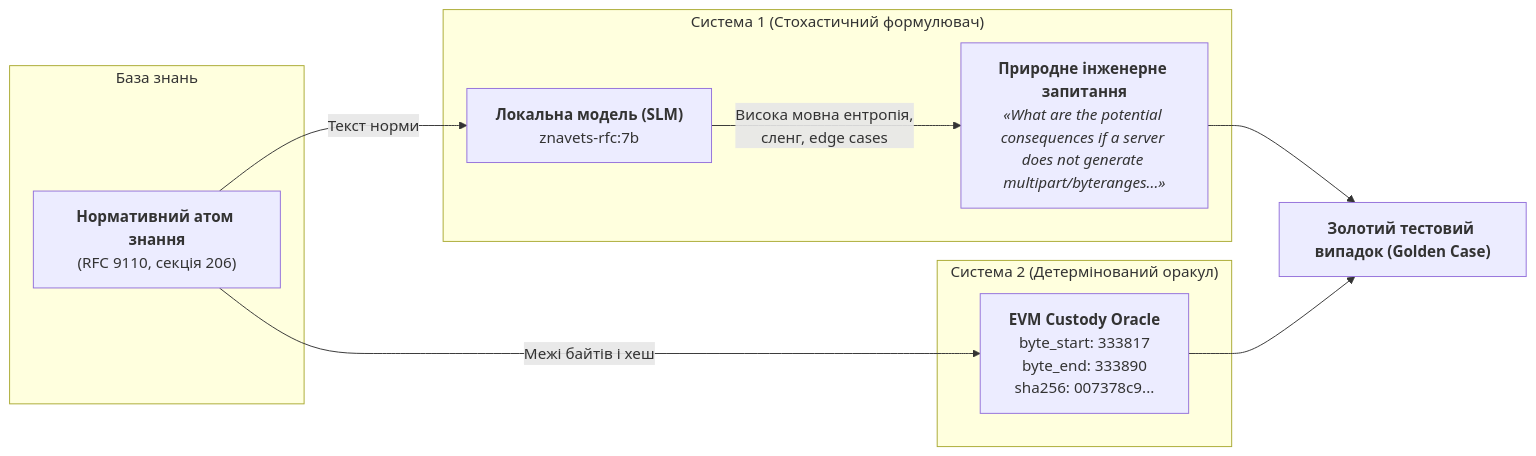
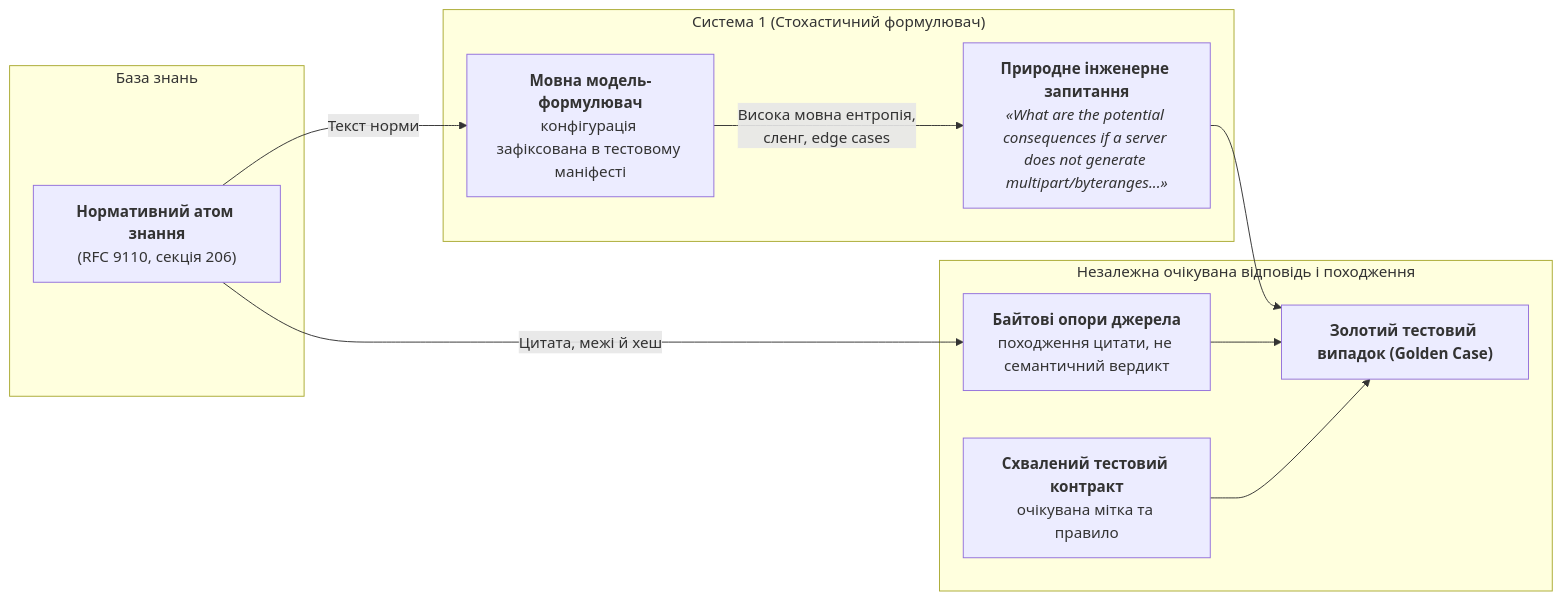
Before and after one commit to nick-fedchik/articles: the sixth of 6 diagrams in ExpertSystem/ch23-knowledge-base-verification.md, drawn with Mermaid. The commit also changed other lines of this file and 193 other files, not shown here.

````diff
--- a/ExpertSystem/ch23-knowledge-base-verification.md
+++ b/ExpertSystem/ch23-knowledge-base-verification.md
@@ -975,21 +975,22 @@
 ```mermaid
 flowchart LR
-    accTitle: Нейро-символічний тандем генерації тестів
-    accDescr: Стохастичний формулювач мовної моделі генерує природні варіативні запити, тоді як символьне ядро детерміновано фіксує побайтовий оракул.
+    accTitle: Генератор запитань і незалежний тестовий оракул
+    accDescr: Генератор формулює варіативні запити, а окремий версійований контракт із незалежно схваленою очікуваною міткою та байтовими опорами використовується для оцінювання.
 
     subgraph "База знань"
         ATOM["<b>Нормативний атом знання</b><br/>(RFC 9110, секція 206)"]
     end
 
     subgraph "Система 1 (Стохастичний формулювач)"
-        ATOM -->|Текст норми| SLM["<b>Локальна модель (SLM)</b><br/>znavets-rfc:7b"]
+        ATOM -->|Текст норми| SLM["<b>Мовна модель-формулювач</b><br/>конфігурація зафіксована в тестовому маніфесті"]
         SLM -->|Висока мовна ентропія,<br/>сленг, edge cases| QUERY["<b>Природне інженерне запитання</b><br/><i>«What are the potential consequences if a server does not generate multipart/byteranges...»</i>"]
     end
 
-    subgraph "Система 2 (Детермінований оракул)"
-        ATOM -->|Межі байтів і хеш| ORACLE["<b>EVM Custody Oracle</b><br/>byte_start: 333817<br/>byte_end: 333890<br/>sha256: 007378c9..."]
+    subgraph "Незалежна очікувана відповідь і походження"
+        ATOM -->|Цитата, межі й хеш| EVIDENCE["<b>Байтові опори джерела</b><br/>походження цитати, не семантичний вердикт"]
+        CONTRACT["<b>Схвалений тестовий контракт</b><br/>очікувана мітка та правило"] --> TEST
     end
 
     QUERY --> TEST["<b>Золотий тестовий випадок (Golden Case)</b>"]
-    ORACLE --> TEST
+    EVIDENCE --> TEST
 ```
````
